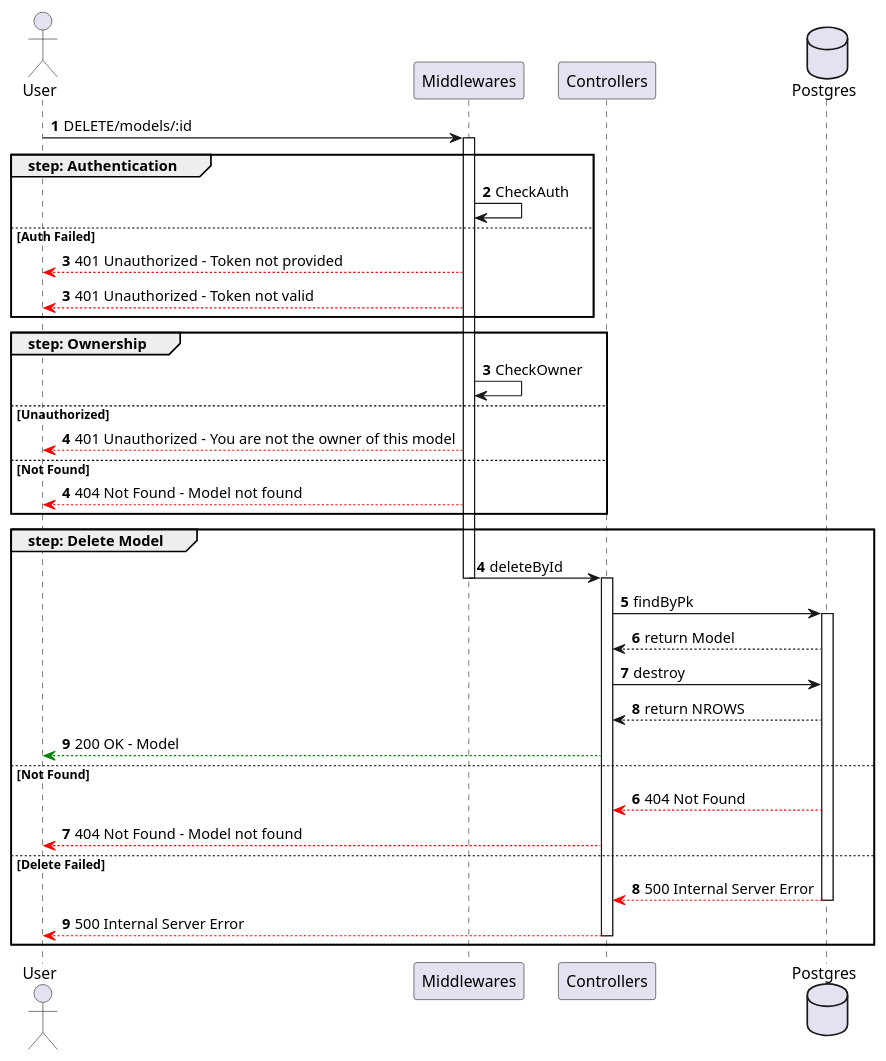
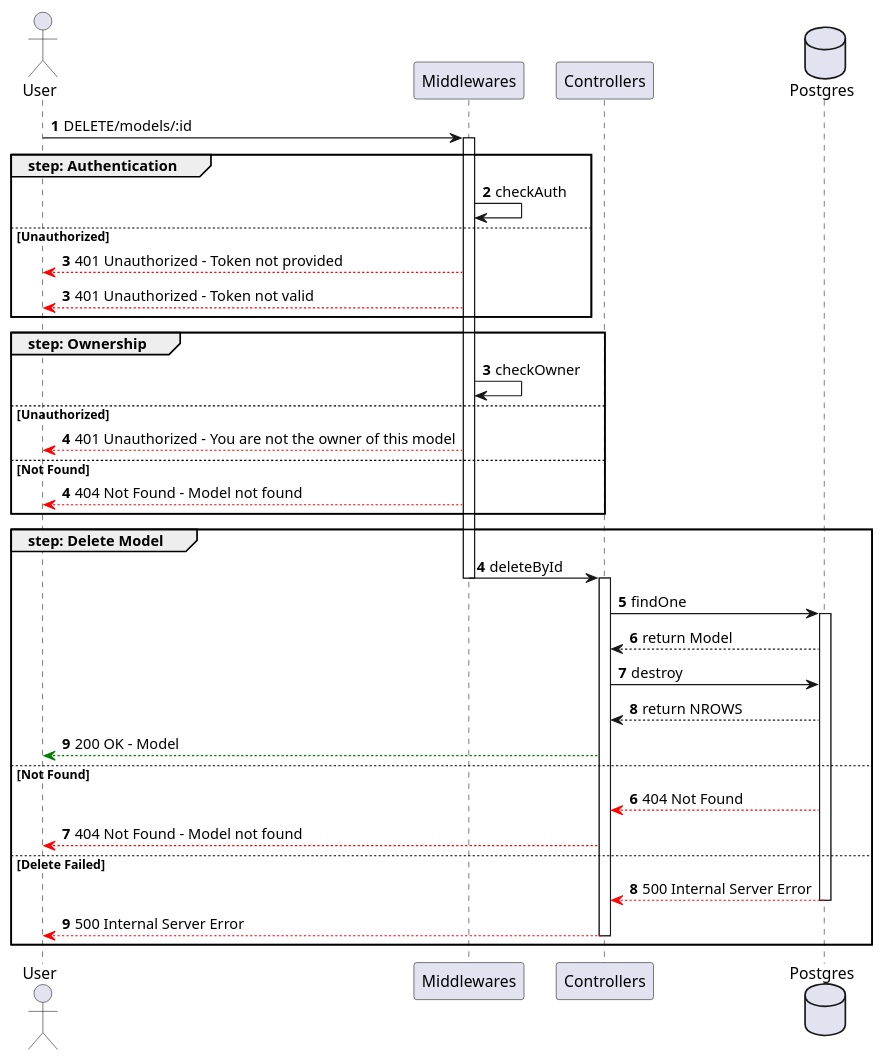
Before and after one commit to ShadowWalker1411/ProgrammazioneAvanzataREPO: the diagram in sequence_diagrams/models/DeleteModel.puml, drawn with PlantUML. The commit also changed 34 other files, not shown here.

```diff
--- a/sequence_diagrams/models/DeleteModel.puml
+++ b/sequence_diagrams/models/DeleteModel.puml
@@ -1,48 +1,48 @@
 @startuml deleteModel
 
 actor User
 participant Middlewares
 participant Controllers
 database Postgres
 
 autonumber
 User -> Middlewares ++: DELETE/models/:id
 
 group step: Authentication
-    Middlewares -> Middlewares : CheckAuth
-else Auth Failed
+    Middlewares -> Middlewares : checkAuth
+else Unauthorized
     autonumber 3
     Middlewares --[#red]> User : 401 Unauthorized - Token not provided
     autonumber 3
     Middlewares --[#red]> User : 401 Unauthorized - Token not valid
 end
 
 group step: Ownership
     autonumber 3
-    Middlewares -> Middlewares : CheckOwner
+    Middlewares -> Middlewares : checkOwner
 else Unauthorized
     Middlewares --[#red]> User : 401 Unauthorized - You are not the owner of this model
 else Not Found
     autonumber 4
     Middlewares --[#red]> User : 404 Not Found - Model not found
 end
 
 group step: Delete Model
     autonumber 4
     Middlewares -> Controllers --++: deleteById
-    Controllers -> Postgres ++: findByPk
+    Controllers -> Postgres ++: findOne
     Postgres --> Controllers: return Model
     Controllers -> Postgres : destroy
     Postgres --> Controllers : return NROWS
     Controllers --[#green]> User : 200 OK - Model
 else Not Found
     autonumber 6
     Postgres --[#red]> Controllers : 404 Not Found
     Controllers --[#red]> User : 404 Not Found - Model not found
 else Delete Failed
     autonumber 8
     Postgres --[#red]> Controllers --: 500 Internal Server Error
     Controllers --[#red]> User --: 500 Internal Server Error
 end
 
 @enduml
```
